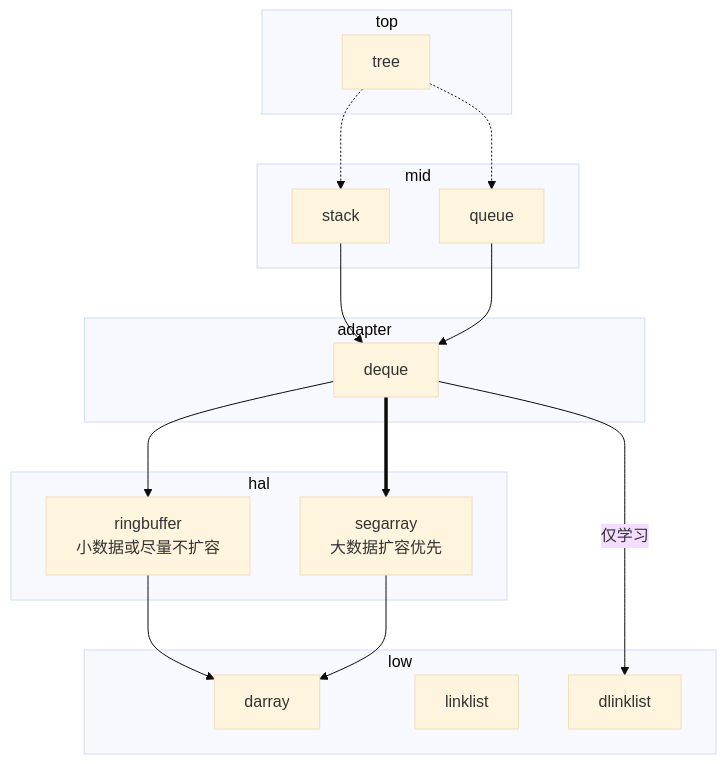
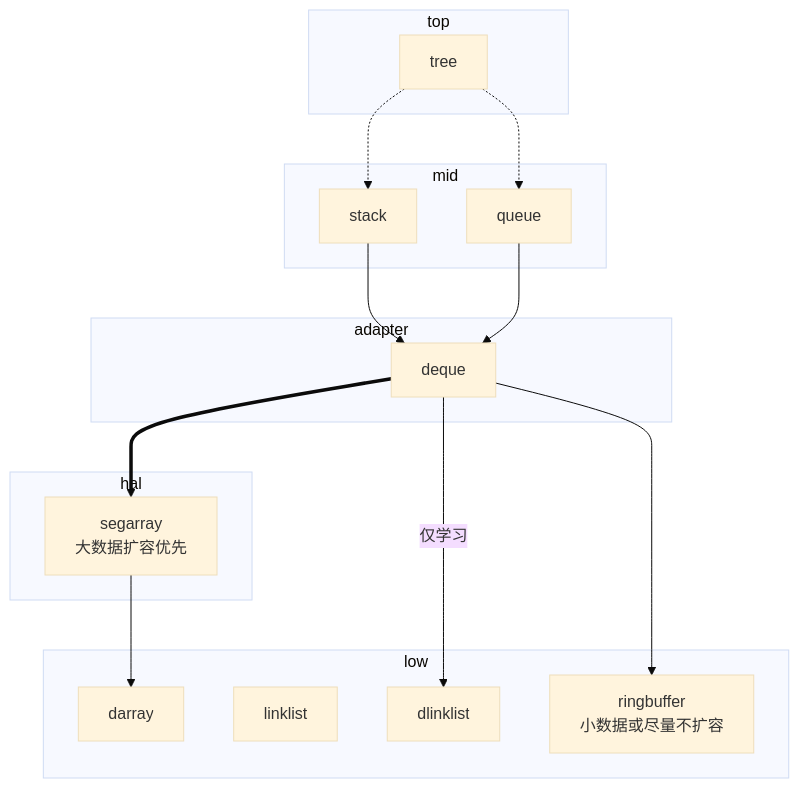
The diagram in doc/README.md (Orig5826/unicstl), drawn with Mermaid (base theme) before and after one commit. The commit also changed 10 other files, not shown here.

````diff
--- a/doc/README.md
+++ b/doc/README.md
@@ -5,29 +5,29 @@
 ```mermaid
 flowchart TB
     subgraph low
         darray
         linklist
         dlinklist
+        ringbuffer[ringbuffer<br>小数据或尽量不扩容]
     end
 
     subgraph hal
-        ringbuffer[ringbuffer<br>小数据或尽量不扩容] --> darray
         segarray[segarray<br>大数据扩容优先] --> darray
     end
 
     subgraph adapter
         deque -->|仅学习| dlinklist
         deque ==> segarray
         deque --> ringbuffer
     end
 
     subgraph mid
         stack --> deque
         queue --> deque
     end
 
     subgraph top
         tree -.-> stack
         tree -.-> queue
     end
 ```
````
